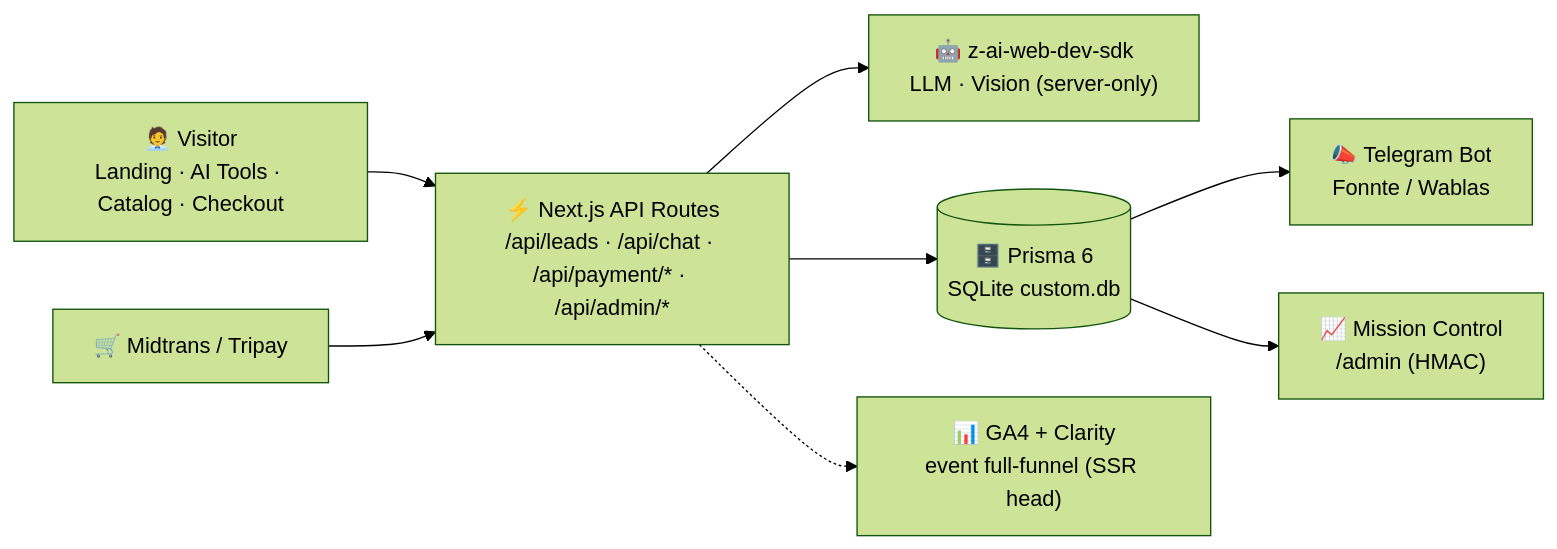
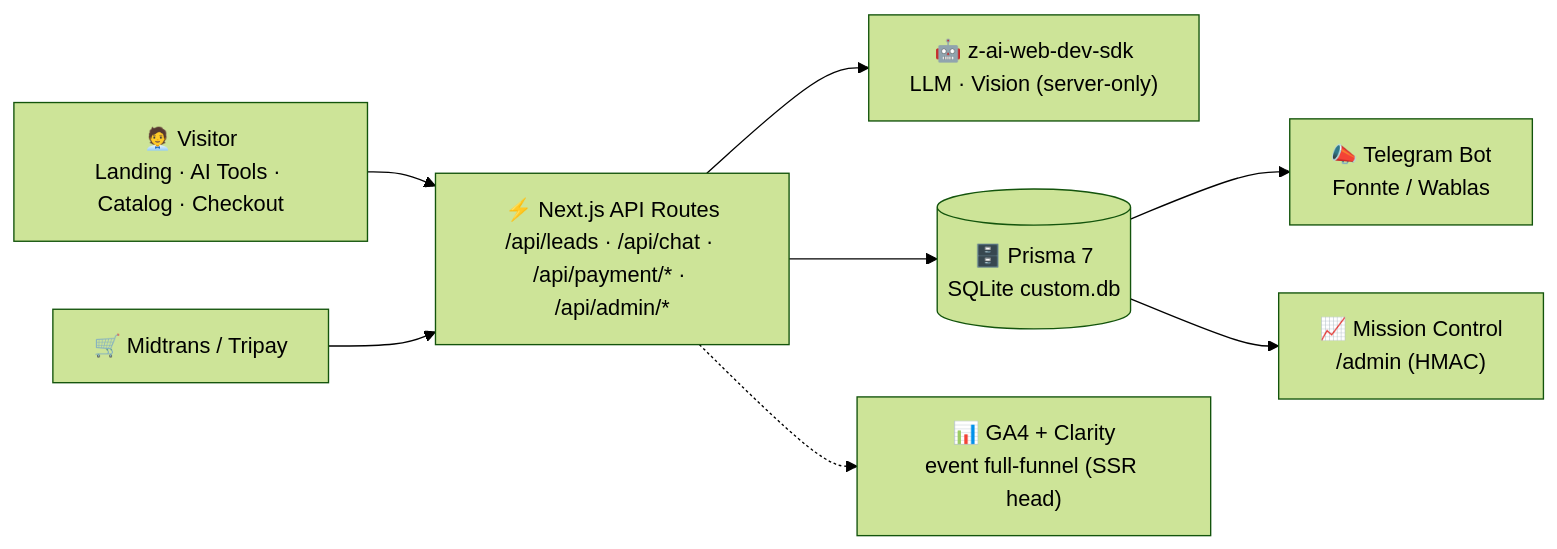
The fourth of 5 diagrams in README.md (gunaracorp/pusatperizinan), drawn with Mermaid (forest theme) before and after one commit. The commit also changed other lines of this file and 15 other files, not shown here.

````diff
--- a/README.md
+++ b/README.md
@@ -1079,10 +1080,10 @@
 ```mermaid
 flowchart LR
     A["🧑‍💼 Visitor<br/>Landing · AI Tools · Catalog · Checkout"] --> B["⚡ Next.js API Routes<br/>/api/leads · /api/chat · /api/payment/* · /api/admin/*"]
     B --> E["🤖 z-ai-web-dev-sdk<br/>LLM · Vision (server-only)"]
-    B --> F[("🗄️ Prisma 6<br/>SQLite custom.db")]
+    B --> F[("🗄️ Prisma 7<br/>SQLite custom.db")]
     F --> G["📣 Telegram Bot<br/>Fonnte / Wablas"]
     C["🛒 Midtrans / Tripay"] --> B
     F --> H["📈 Mission Control<br/>/admin (HMAC)"]
     B -.-> I["📊 GA4 + Clarity<br/>event full-funnel (SSR head)"]
 ```
````
